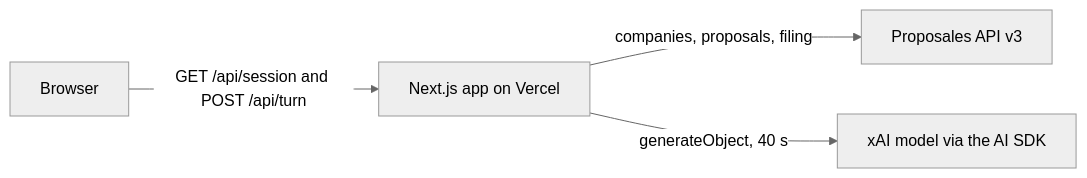
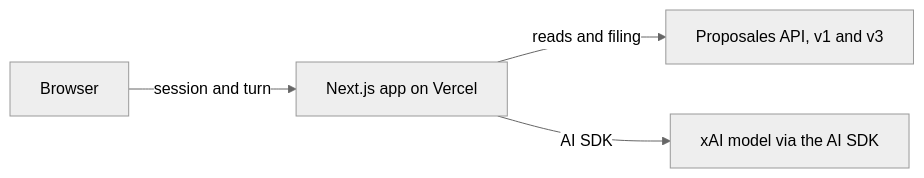
The first of 14 diagrams in planner-bench/docs/ARCHITECTURE.md (p10ns11y/proposales-planner-bench), drawn with Mermaid (neutral theme) before and after one commit. The commit also changed other lines of this file and 11 other files, not shown here.

First line of the commit message:
Revise the planner architecture doc (#14)

````diff
--- a/planner-bench/docs/ARCHITECTURE.md
+++ b/planner-bench/docs/ARCHITECTURE.md
@@ -7,10 +7,10 @@
 ```mermaid
 flowchart LR
   browser[Browser]
   app["Next.js app on Vercel"]
-  api["Proposales API v3"]
+  api["Proposales API, v1 and v3"]
   model["xAI model via the AI SDK"]
-  browser -->|"GET /api/session and POST /api/turn"| app
-  app -->|"companies, proposals, filing"| api
-  app -->|"generateObject, 40 s"| model
+  browser -->|"session and turn"| app
+  app -->|"reads and filing"| api
+  app -->|"AI SDK"| model
 ```
````
